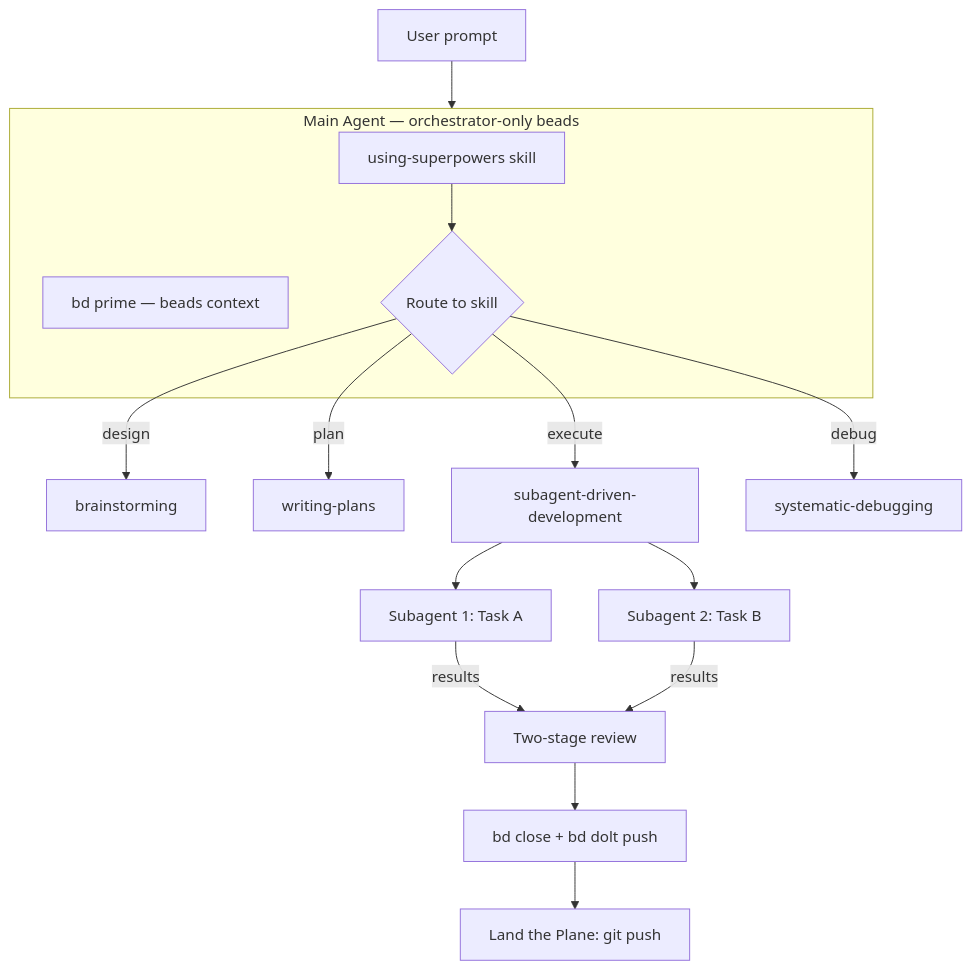
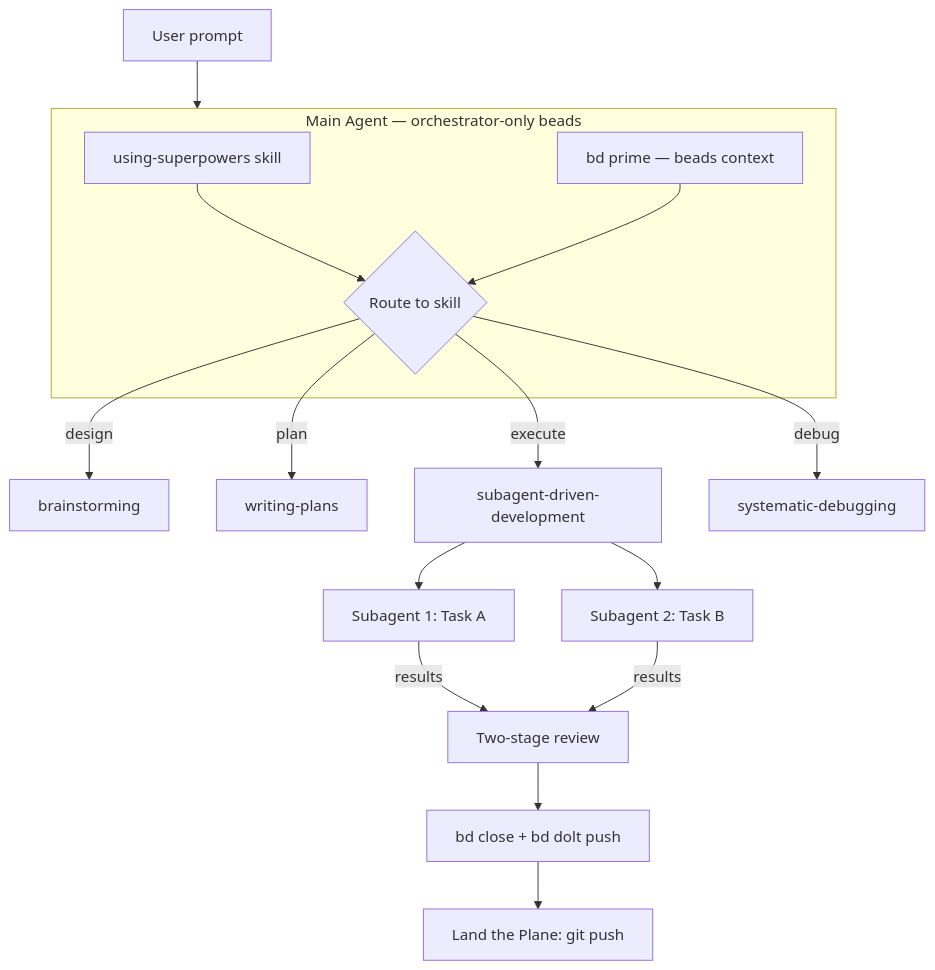
One commit to DollarDill/beads-superpowers changed the diagram in README.md. Above: the diagram before and after it, drawn with Mermaid. The commit also changed other lines of this file, not shown here.

First line of the commit message:
fix(readme): wire orphan Mermaid node + use valid shields.io color

````diff
--- a/README.md
+++ b/README.md
@@ -141,19 +141,20 @@
 ```mermaid
 flowchart TB
     User[User prompt] --> Orchestrator
     subgraph Orchestrator [Main Agent — orchestrator-only beads]
         SP[using-superpowers skill]
         BD[bd prime — beads context]
         SP --> Routing{Route to skill}
+        BD --> Routing
     end
     Routing -->|design| Brainstorm[brainstorming]
     Routing -->|plan| WP[writing-plans]
     Routing -->|execute| SDD[subagent-driven-development]
     Routing -->|debug| Debug[systematic-debugging]
     SDD --> Sub1[Subagent 1: Task A]
     SDD --> Sub2[Subagent 2: Task B]
     Sub1 -->|results| Review[Two-stage review]
     Sub2 -->|results| Review
     Review --> Close[bd close + bd dolt push]
     Close --> Land[Land the Plane: git push]
 ```
````
